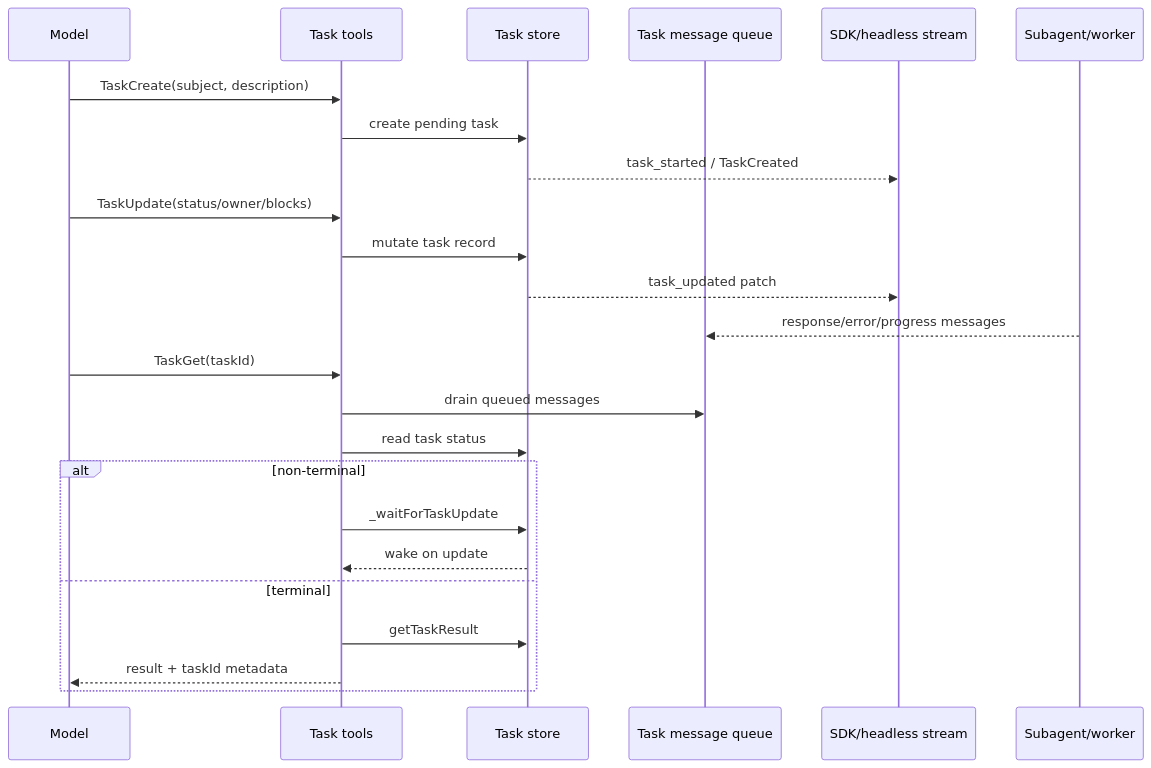
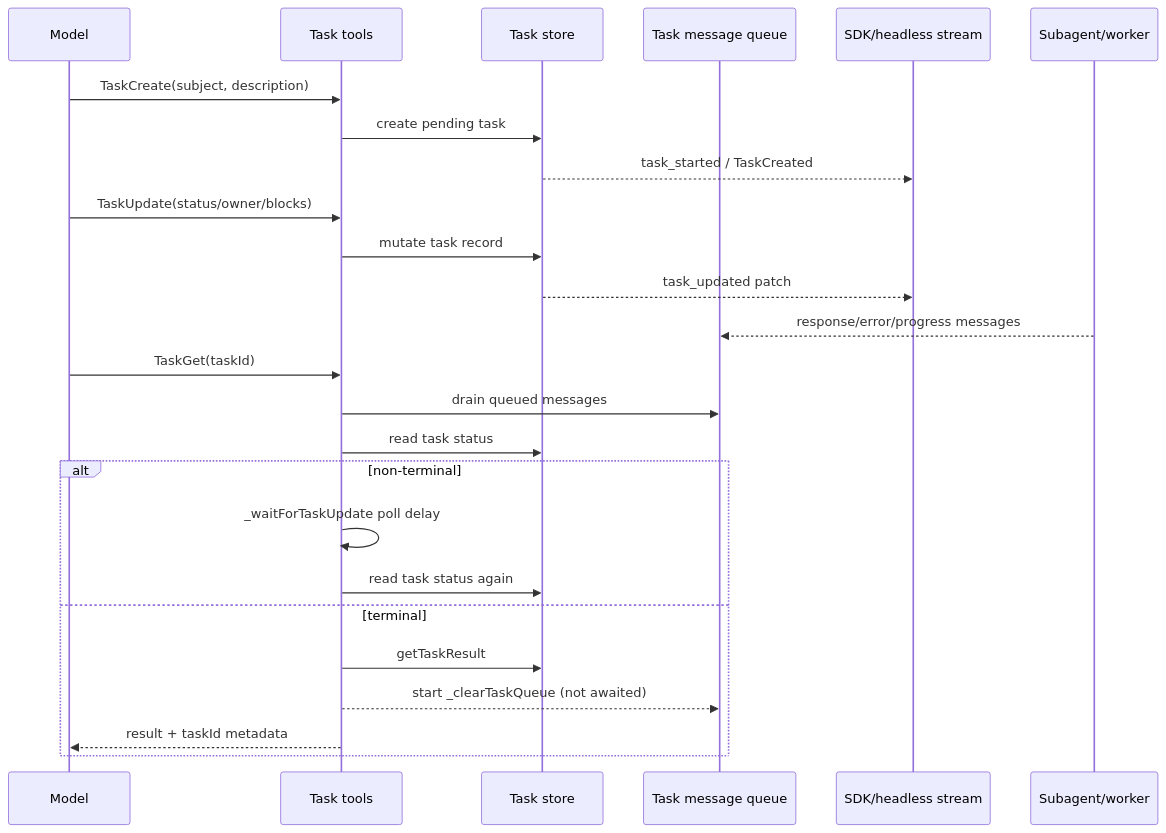
One commit to vibewatch/claude-code-internals changed the diagram in docs/06-agents-automation/agent-runtime-scheduling-and-completion.md. Above: the diagram before and after it, drawn with Mermaid. The commit also changed other lines of this file and 27 other files, not shown here.

````diff
--- a/docs/06-agents-automation/agent-runtime-scheduling-and-completion.md
+++ b/docs/06-agents-automation/agent-runtime-scheduling-and-completion.md
@@ -82,27 +84,28 @@
 ```mermaid
 sequenceDiagram
     participant Model
     participant TaskTool as Task tools
     participant Store as Task store
     participant Queue as Task message queue
     participant Stream as SDK/headless stream
     participant Worker as Subagent/worker
 
     Model->>TaskTool: TaskCreate(subject, description)
     TaskTool->>Store: create pending task
     Store-->>Stream: task_started / TaskCreated
     Model->>TaskTool: TaskUpdate(status/owner/blocks)
     TaskTool->>Store: mutate task record
     Store-->>Stream: task_updated patch
     Worker-->>Queue: response/error/progress messages
     Model->>TaskTool: TaskGet(taskId)
     TaskTool->>Queue: drain queued messages
     TaskTool->>Store: read task status
     alt non-terminal
-        TaskTool->>Store: _waitForTaskUpdate
-        Store-->>TaskTool: wake on update
+        TaskTool->>TaskTool: _waitForTaskUpdate poll delay
+        TaskTool->>Store: read task status again
     else terminal
         TaskTool->>Store: getTaskResult
+        TaskTool-->>Queue: start _clearTaskQueue (not awaited)
         TaskTool-->>Model: result + taskId metadata
     end
 ```
````
